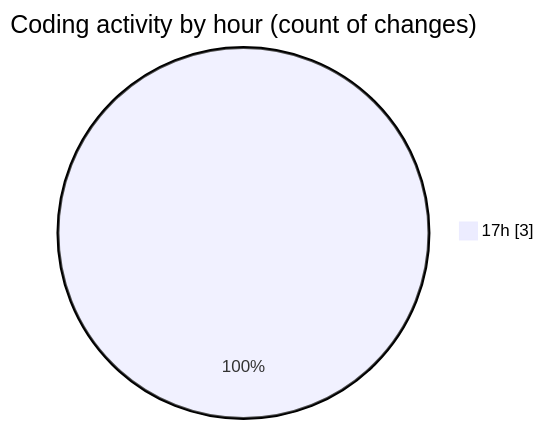
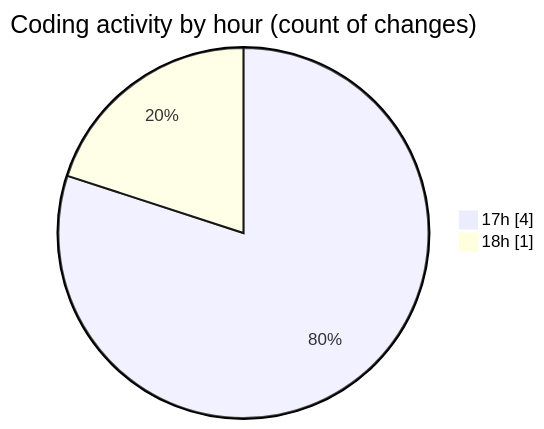
Before and after one commit to EIIisD/code-tracking: the second of 2 diagrams in 2025-08-05/_claude/README.md, drawn with Mermaid. The commit also changed other lines of this file and 1 other file, not shown here.

````diff
--- a/2025-08-05/_claude/README.md
+++ b/2025-08-05/_claude/README.md
@@ -28,5 +28,6 @@
 ```mermaid
 pie showData
 title Coding activity by hour (count of changes)
-"17h" : 3
+"17h" : 4
+"18h" : 1
 ```
````
